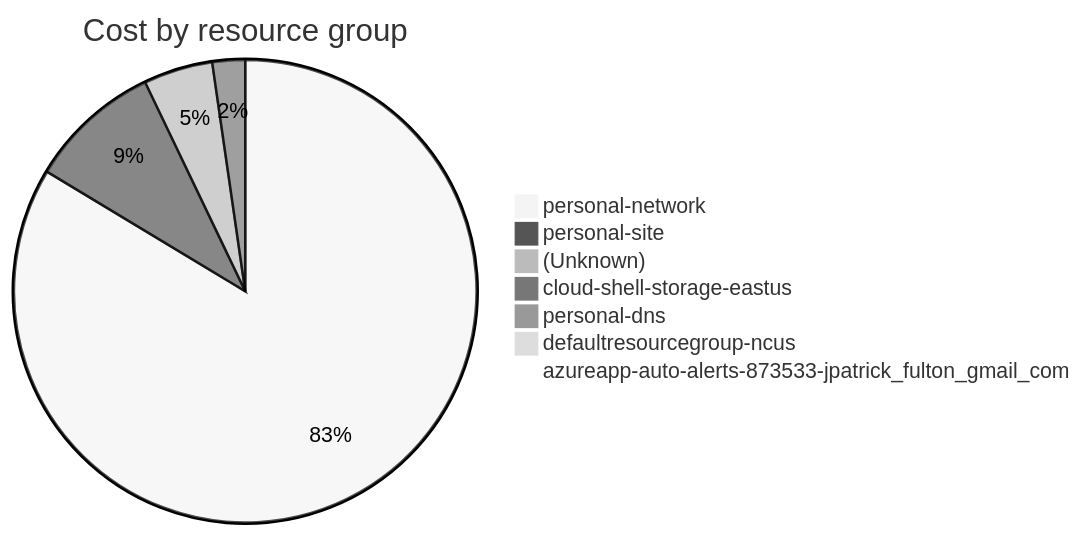
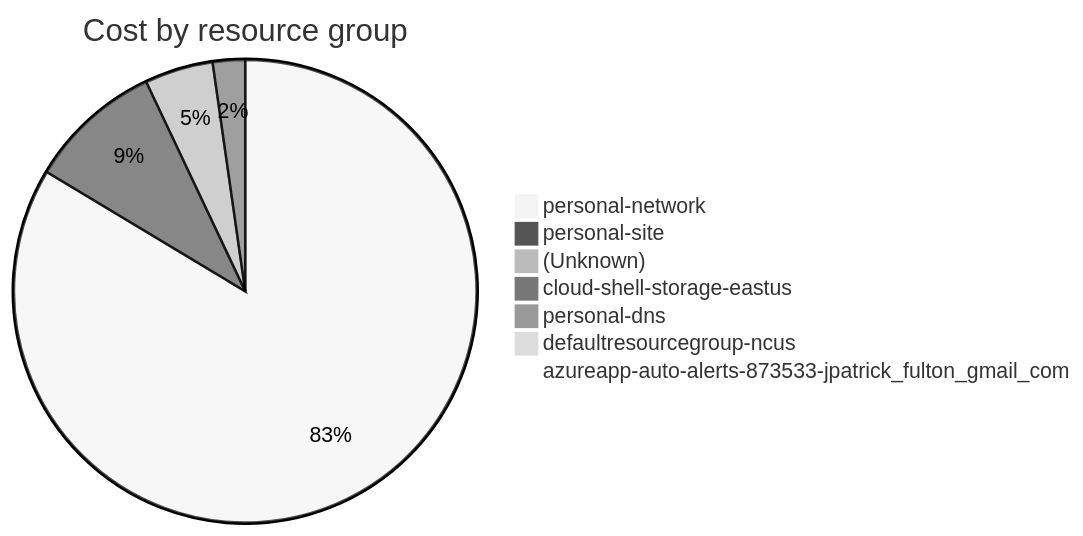
The fourth of 4 diagrams in cost-reports/accumulated-cost.md (jpfulton/azure-personal-reports), drawn with Mermaid (neutral theme) before and after one commit. The commit also changed other lines of this file and 4 other files, not shown here.

````diff
--- a/cost-reports/accumulated-cost.md
+++ b/cost-reports/accumulated-cost.md
@@ -159,11 +159,11 @@
 ```mermaid
 pie
    title Cost by resource group
-   "personal-network" : 204.67
-   "personal-site" : 22.64
-   "(Unknown)" : 11.81
-   "cloud-shell-storage-eastus" : 5.59
-   "personal-dns" : 0.65
+   "personal-network" : 207.56
+   "personal-site" : 23.23
+   "(Unknown)" : 11.85
+   "cloud-shell-storage-eastus" : 5.60
+   "personal-dns" : 0.68
    "defaultresourcegroup-ncus" : 0.00
    "azureapp-auto-alerts-873533-jpatrick_fulton_gmail_com" : 0.00
 ```
````
